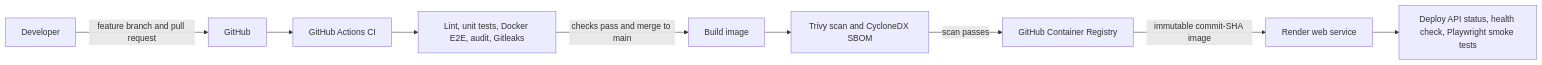
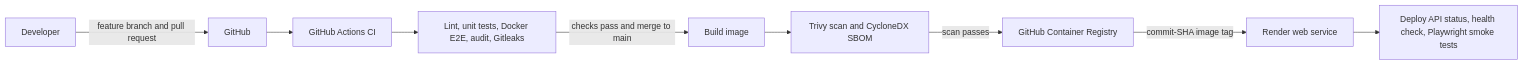
The first of 2 diagrams in README.md (WebDeveloperGuide/docker-react-production-demo), drawn with Mermaid before and after one commit. The commit also changed other lines of this file, not shown here.

Commit message:
docs: explain architecture for beginners

````diff
--- a/README.md
+++ b/README.md
@@ -15,11 +51,11 @@
 ```mermaid
 flowchart LR
     Dev[Developer] -->|feature branch and pull request| GH[GitHub]
     GH --> CI[GitHub Actions CI]
     CI --> Checks[Lint, unit tests, Docker E2E, audit, Gitleaks]
     Checks -->|checks pass and merge to main| Publish[Build image]
     Publish --> Trivy[Trivy scan and CycloneDX SBOM]
     Trivy -->|scan passes| GHCR[GitHub Container Registry]
-    GHCR -->|immutable commit-SHA image| Render[Render web service]
+    GHCR -->|commit-SHA image tag| Render[Render web service]
     Render --> Verify[Deploy API status, health check, Playwright smoke tests]
 ```
````
